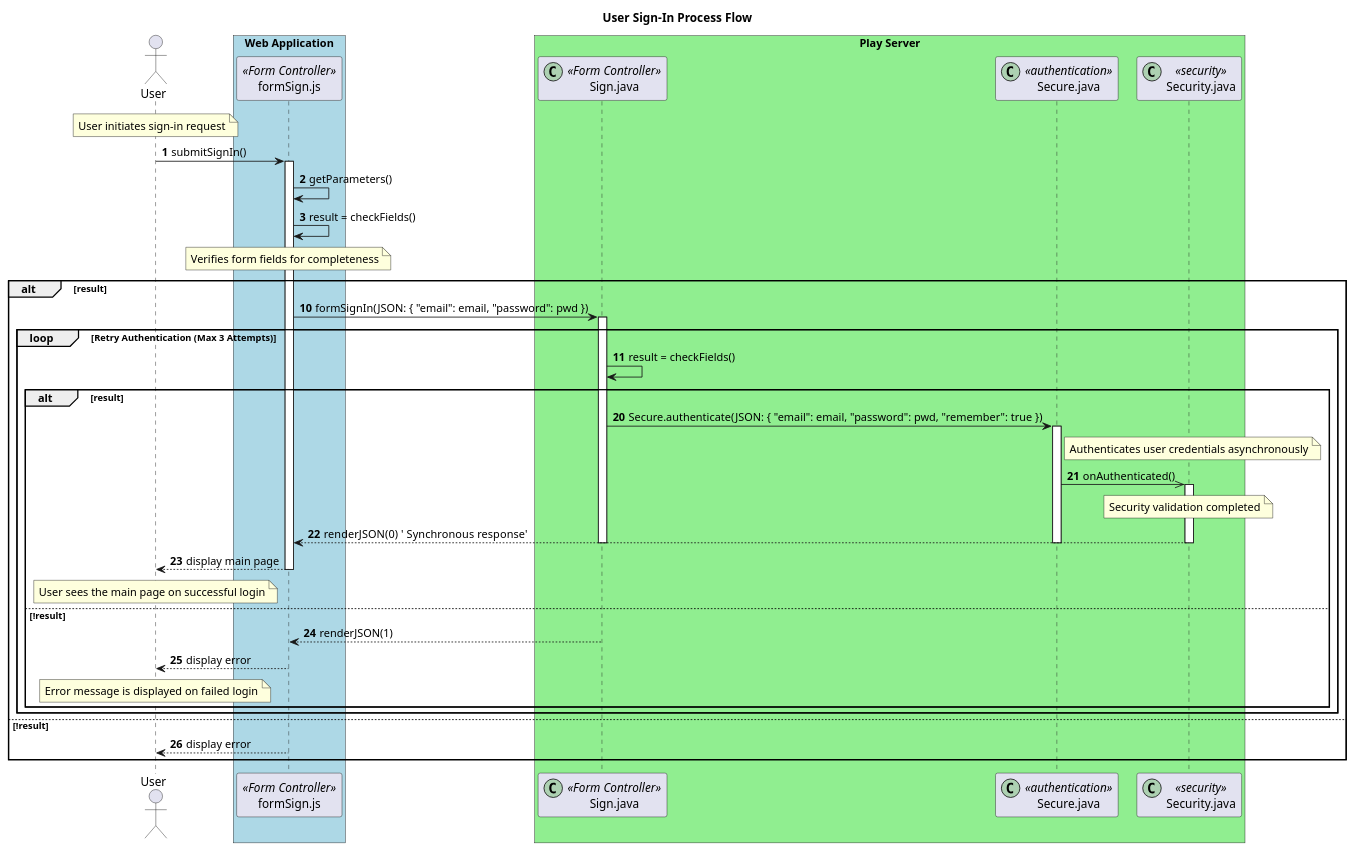
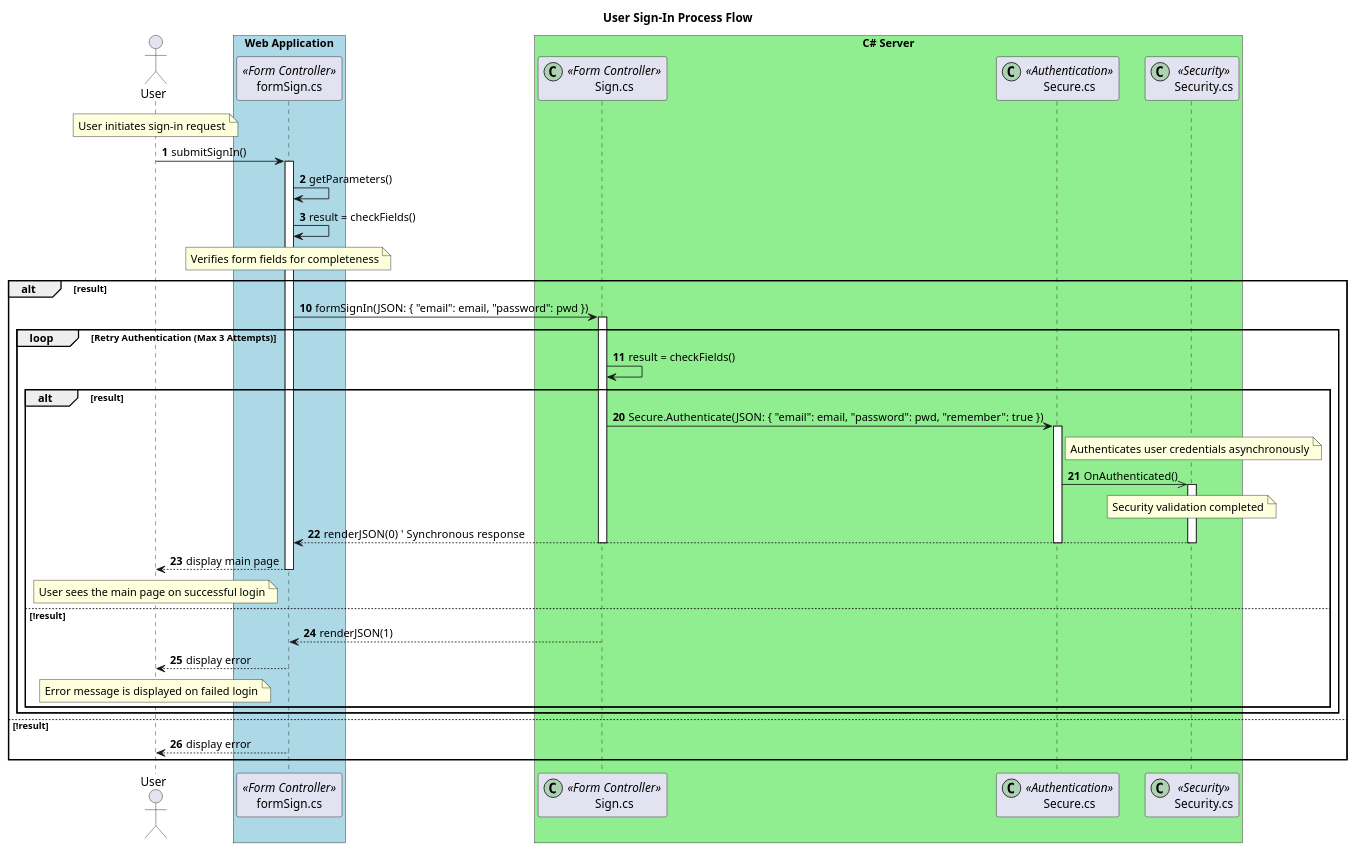
One commit to andikatjacobdennis/UML changed the diagram in plantuml sign_in_flow.puml. Above: the diagram before and after it, drawn with PlantUML.

Commit message:
Update plantuml sign_in_flow.puml

```diff
--- a/plantuml sign_in_flow.puml
+++ b/plantuml sign_in_flow.puml
@@ -1,83 +1,83 @@
 @startuml
 
 title User Sign-In Process Flow
 
 actor User as user
-participant "formSign.js" as form <<Form Controller>>
-participant "Sign.java" as controller <<(C,#ADD1B2) Form Controller>>
-participant "Secure.java" as secure <<(C,#ADD1B2) authentication>>
-participant "Security.java" as security <<(C,#ADD1B2) security>>
+participant "formSign.cs" as form <<Form Controller>>
+participant "Sign.cs" as controller <<(C,#ADD1B2) Form Controller>>
+participant "Secure.cs" as secure <<(C,#ADD1B2) Authentication>>
+participant "Security.cs" as security <<(C,#ADD1B2) Security>>
 
 autonumber 1
 
 box "Web Application" #LightBlue
     participant form
 end box
 
-box "Play Server" #LightGreen
+box "C# Server" #LightGreen
     participant controller
     participant secure
     participant security
 end box
 
 note over user: User initiates sign-in request
 
 user -> form : submitSignIn()
 activate form
 form -> form : getParameters()
 form -> form : result = checkFields()
 
 note over form: Verifies form fields for completeness
 
 ' Start a new page after initial steps
 'newpage
 
 autonumber 10
 
 alt result
 
     form -> controller : formSignIn(JSON: { "email": email, "password": pwd })
     activate controller
     
-    ' Loop block for retrying failed authentication'
+    ' Loop block for retrying failed authentication
     loop Retry Authentication (Max 3 Attempts)
         controller -> controller : result = checkFields()
         
         autonumber 20
         
         alt result
-            controller -> secure : Secure.authenticate(JSON: { "email": email, "password": pwd, "remember": true })
+            controller -> secure : Secure.Authenticate(JSON: { "email": email, "password": pwd, "remember": true })
             activate secure
             
             note right of secure: Authenticates user credentials asynchronously
             
-            secure ->> security : onAuthenticated()
+            secure ->> security : OnAuthenticated()
             activate security
             
             note over security: Security validation completed
             
-            security --> form : renderJSON(0)  ' Synchronous response'
+            security --> form : renderJSON(0)  ' Synchronous response
             deactivate security
             deactivate secure
             deactivate controller
             form --> user : display main page
             deactivate form
             
             note over user: User sees the main page on successful login
             
         else !result
             controller --> form : renderJSON(1)
             deactivate controller
             form --> user : display error
             
             note over user: Error message is displayed on failed login
             
         end
     end
     
 else !result
     form --> user : display error
     deactivate form
 end
 
 @enduml
```
